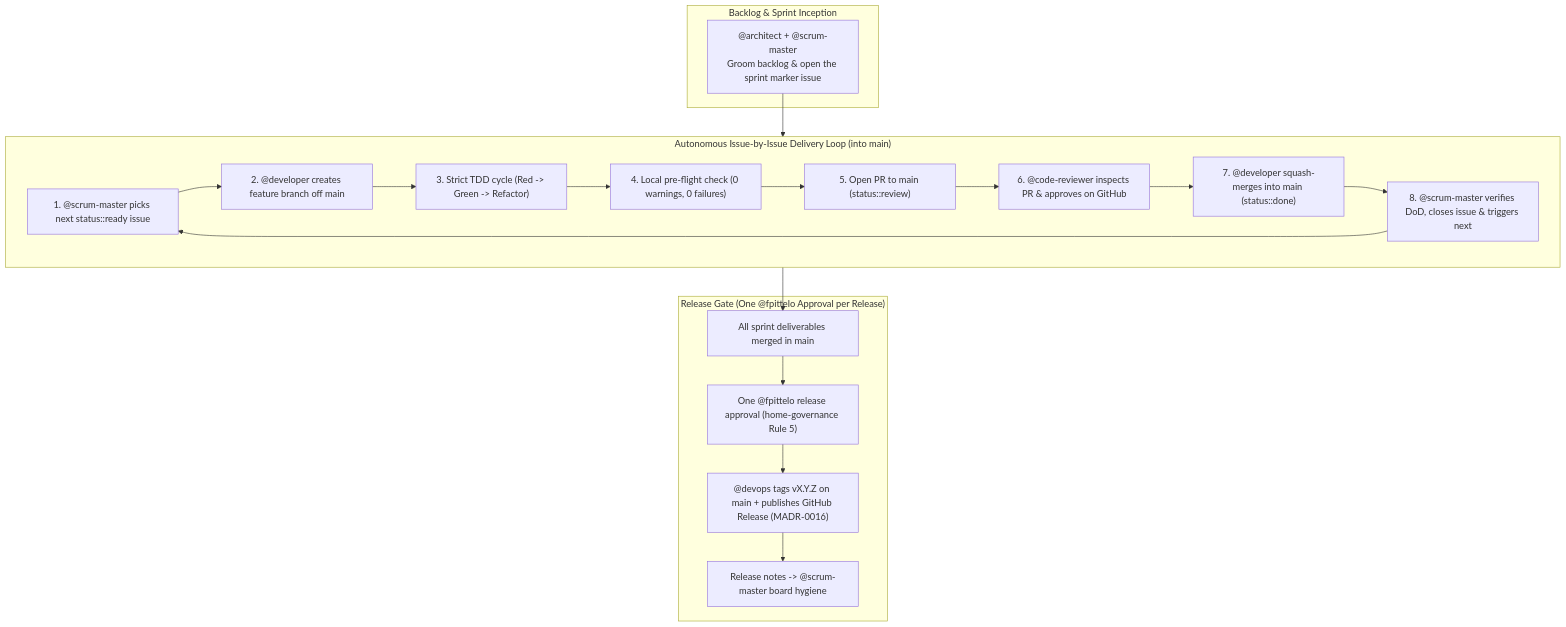
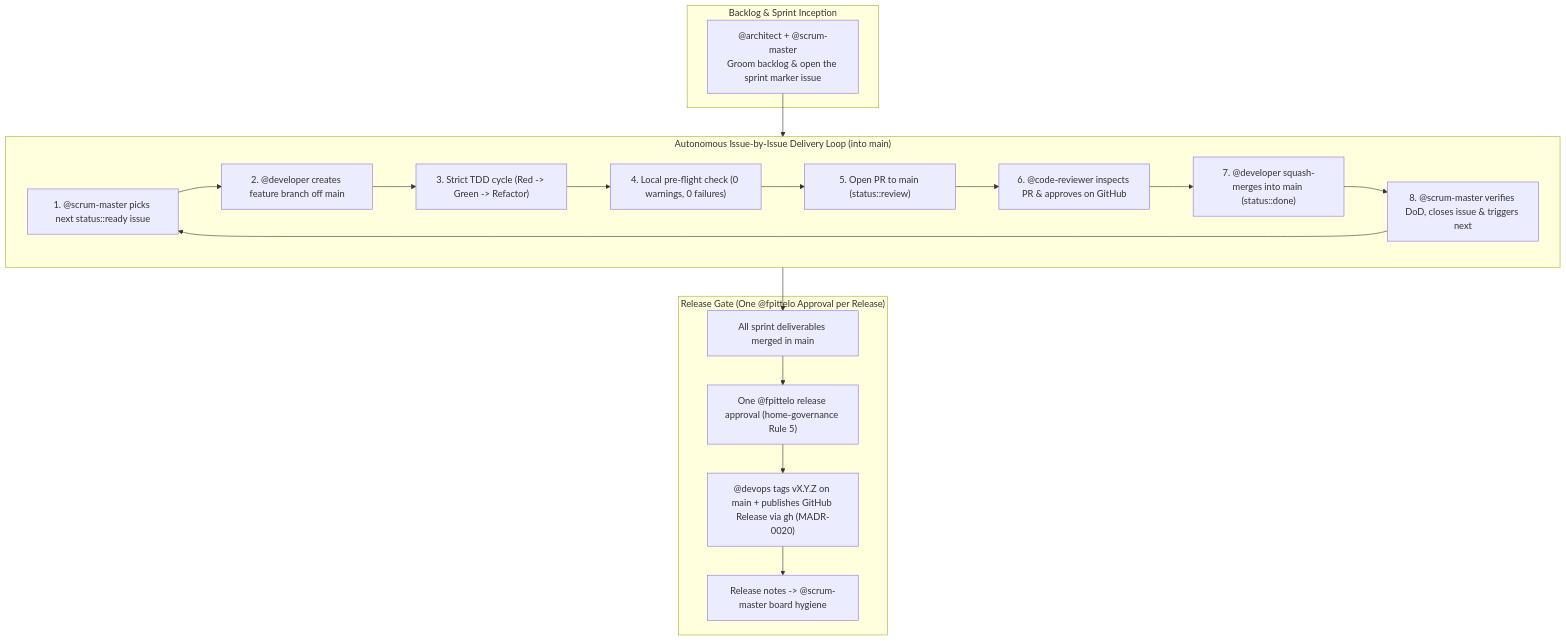
One commit to fpittelo/opencode-home-config changed the diagram in agents/architect.md. Above: the diagram before and after it, drawn with Mermaid. The commit also changed other lines of this file and 36 other files, not shown here.

````diff
--- a/agents/architect.md
+++ b/agents/architect.md
@@ -115,28 +109,28 @@
 ```mermaid
 flowchart TD
     subgraph Backlog_Planning ["Backlog & Sprint Inception"]
         A_ARCH["@architect + @scrum-master\nGroom backlog & open the sprint marker issue"]
     end
 
     subgraph Autonomous_Dev_Loop ["Autonomous Issue-by-Issue Delivery Loop (into main)"]
         S1["1. @scrum-master picks next status::ready issue"]
         S2["2. @developer creates feature branch off main"]
         S3["3. Strict TDD cycle (Red -> Green -> Refactor)"]
         S4["4. Local pre-flight check (0 warnings, 0 failures)"]
         S5["5. Open PR to main (status::review)"]
         S6["6. @code-reviewer inspects PR & approves on GitHub"]
         S7["7. @developer squash-merges into main (status::done)"]
         S8["8. @scrum-master verifies DoD, closes issue & triggers next"]
         S1 --> S2 --> S3 --> S4 --> S5 --> S6 --> S7 --> S8 --> S1
     end
 
     subgraph Release_Gate ["Release Gate (One @fpittelo Approval per Release)"]
         P1["All sprint deliverables merged in main"]
         P2["One @fpittelo release approval (home-governance Rule 5)"]
-        P3["@devops tags vX.Y.Z on main + publishes GitHub Release (MADR-0016)"]
+        P3["@devops tags vX.Y.Z on main + publishes GitHub Release via gh (MADR-0020)"]
         P4["Release notes -> @scrum-master board hygiene"]
     end
 
     A_ARCH --> Autonomous_Dev_Loop
     Autonomous_Dev_Loop --> P1 --> P2 --> P3 --> P4
 ```
````
